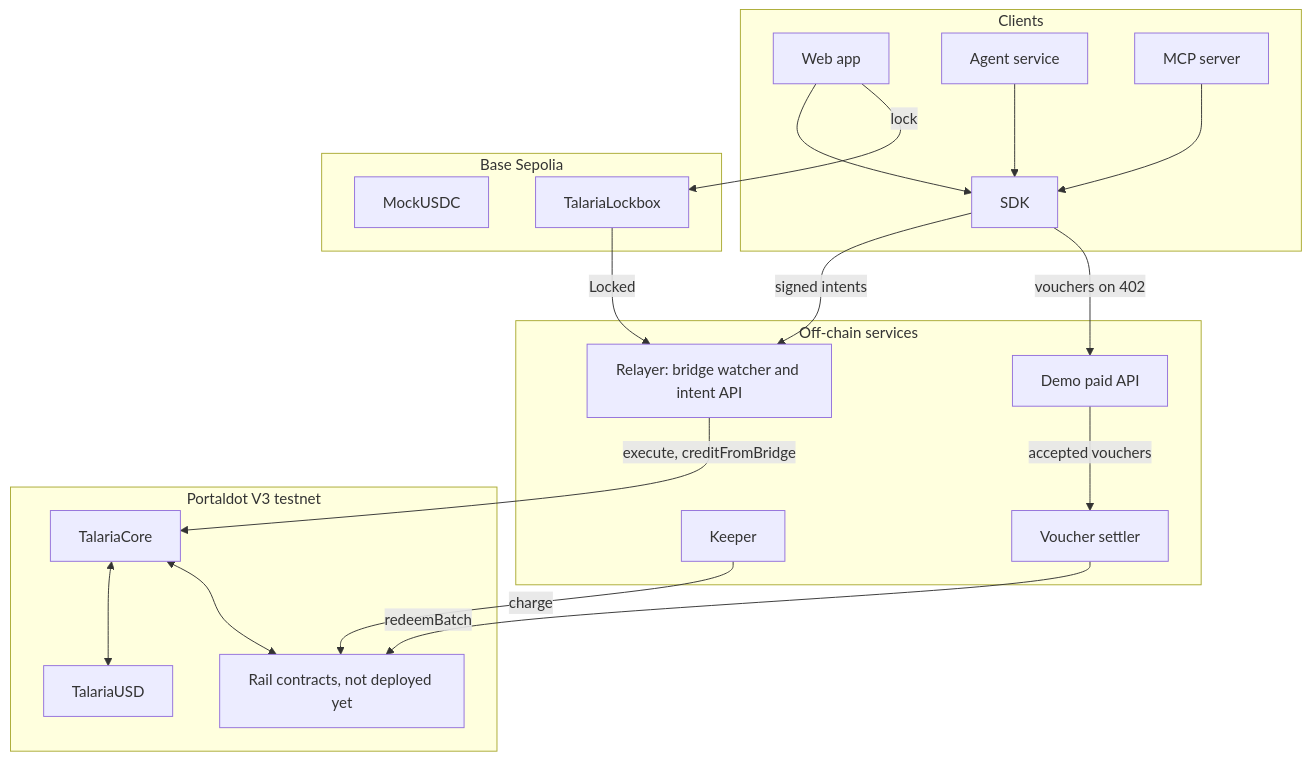
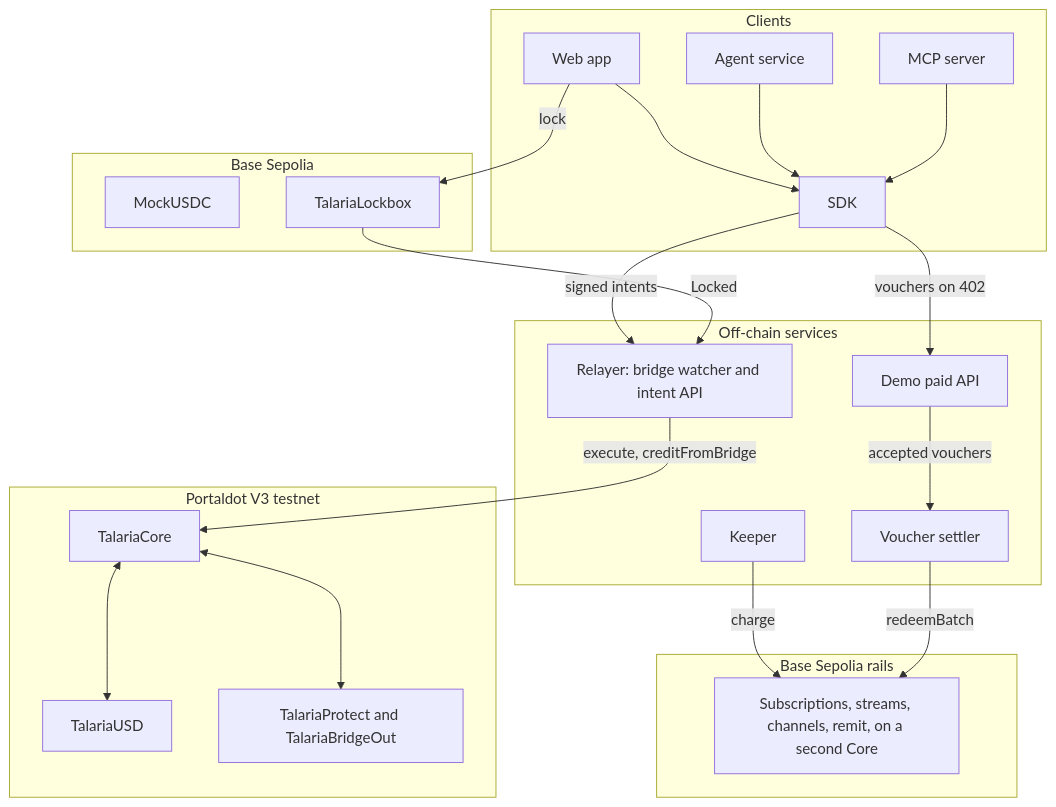
One commit to Stella112/Talaria changed the diagram in docs/ARCHITECTURE.md. Above: the diagram before and after it, drawn with Mermaid. The commit also changed 17 other files, not shown here.

Commit message:
feat: show Base rails, add BNB as a source chain and fix the release keeper

````diff
--- a/docs/ARCHITECTURE.md
+++ b/docs/ARCHITECTURE.md
@@ -15,37 +15,40 @@
 ```mermaid
 flowchart TB
   subgraph Clients
     W[Web app]
     A[Agent service]
     M[MCP server]
     S[SDK]
   end
   subgraph Base[Base Sepolia]
     U[MockUSDC]
     L[TalariaLockbox]
   end
   subgraph Off[Off-chain services]
     R[Relayer: bridge watcher and intent API]
     K[Keeper]
     V[Voucher settler]
     D[Demo paid API]
   end
   subgraph P[Portaldot V3 testnet]
     C[TalariaCore]
     T[TalariaUSD]
-    RL[Rail contracts, not deployed yet]
+    PR[TalariaProtect and TalariaBridgeOut]
+  end
+  subgraph B2[Base Sepolia rails]
+    RL[Subscriptions, streams, channels, remit, on a second Core]
   end
   W --> S
   A --> S
   M --> S
   S -->|signed intents| R
   S -->|vouchers on 402| D
   D -->|accepted vouchers| V
   W -->|lock| L
   L -->|Locked| R
   R -->|execute, creditFromBridge| C
   K -->|charge| RL
   V -->|redeemBatch| RL
   C <--> T
-  C <--> RL
+  C <--> PR
 ```
````
